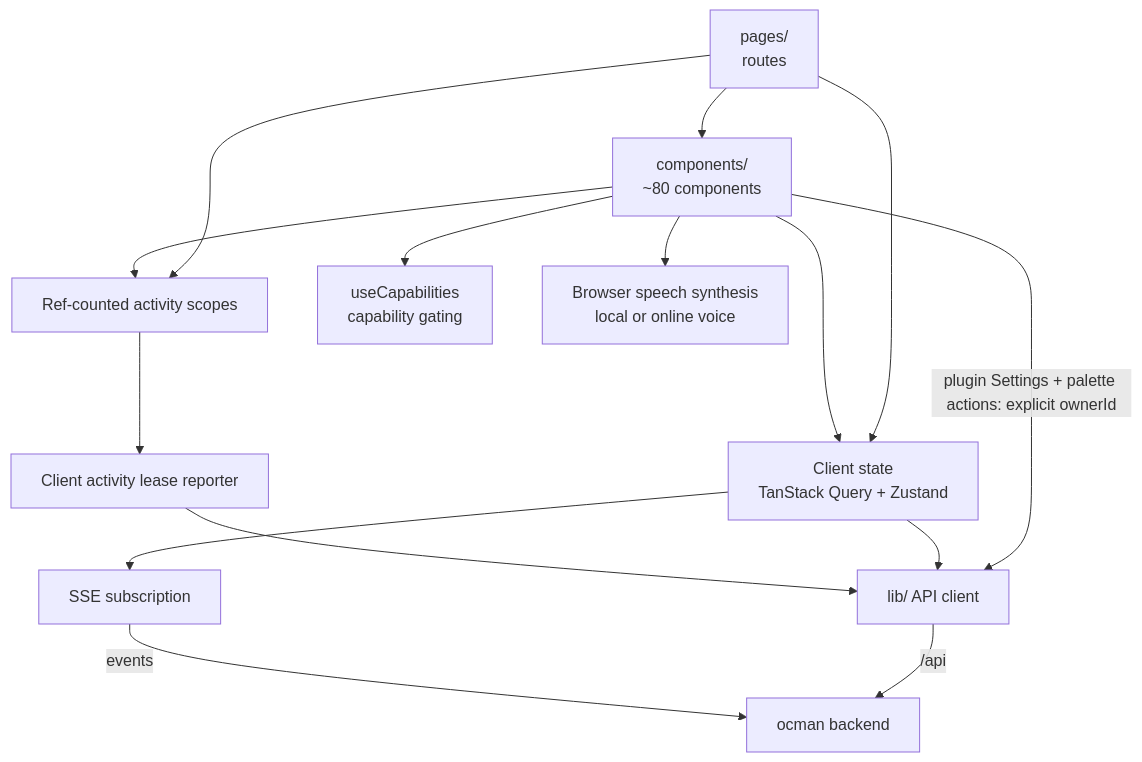
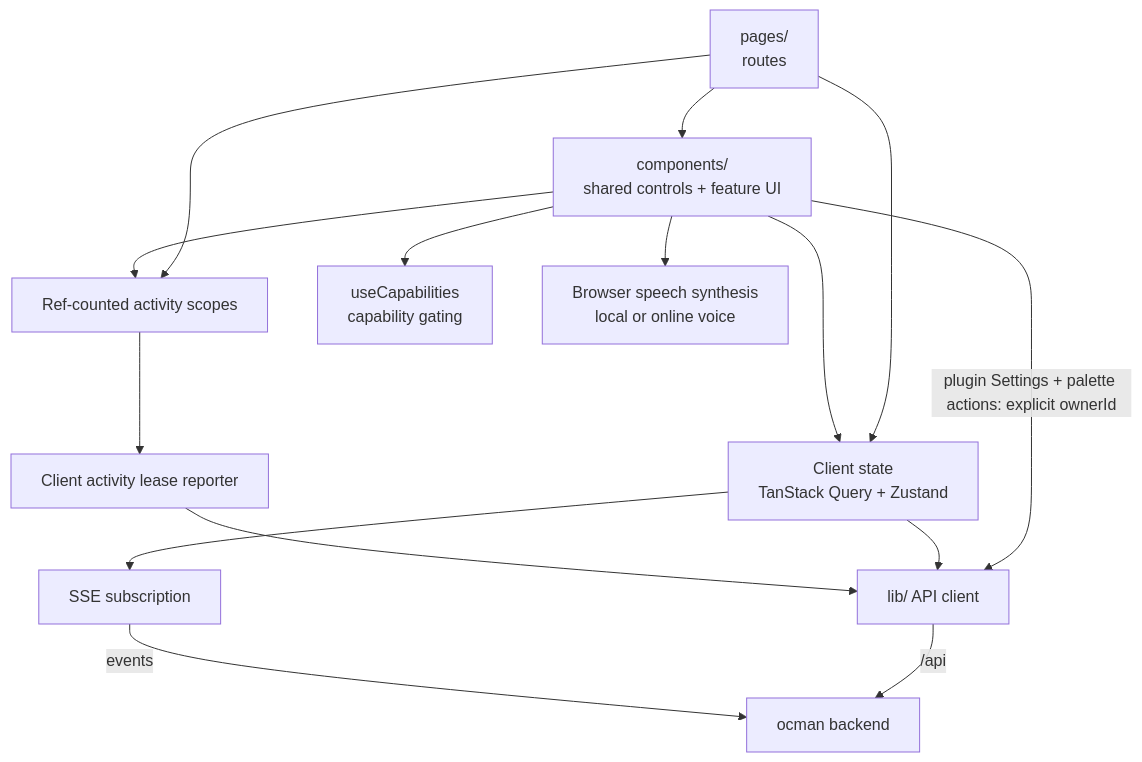
Before and after one commit to ocman/ocman: the fourth of 5 diagrams in docs/other/architecture.md, drawn with Mermaid. The commit also changed other lines of this file and 13 other files, not shown here.

````diff
--- a/docs/other/architecture.md
+++ b/docs/other/architecture.md
@@ -290,17 +290,17 @@
 ```mermaid
 flowchart TD
-    Pages[pages/<br/>routes] --> Comp[components/<br/>~80 components]
+    Pages[pages/<br/>routes] --> Comp[components/<br/>shared controls + feature UI]
     Pages --> Stores[Client state<br/>TanStack Query + Zustand]
     Comp --> Stores
     Comp -->|plugin Settings + palette actions: explicit ownerId| API
     Stores --> API[lib/ API client]
     Stores --> SSE[SSE subscription]
     Pages --> Scopes[Ref-counted activity scopes]
     Comp --> Scopes
     Scopes --> Reporter[Client activity lease reporter]
     Reporter --> API
     API -->|/api| Hub[ocman backend]
     SSE -->|events| Hub
     Comp --> Caps[useCapabilities<br/>capability gating]
     Comp --> Speech[Browser speech synthesis<br/>local or online voice]
 ```
````
